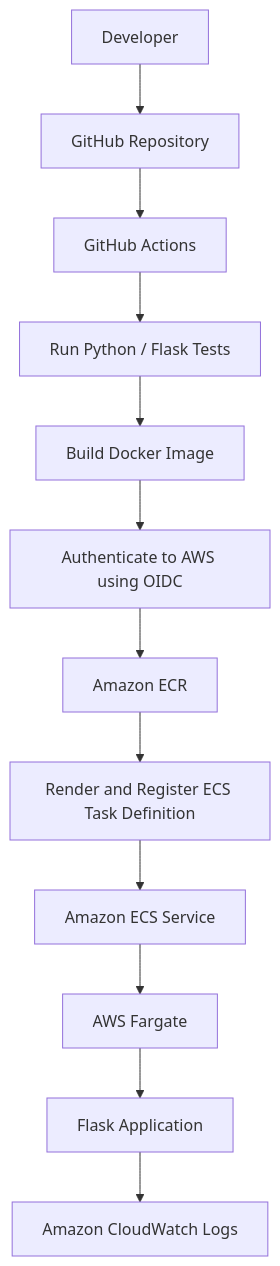
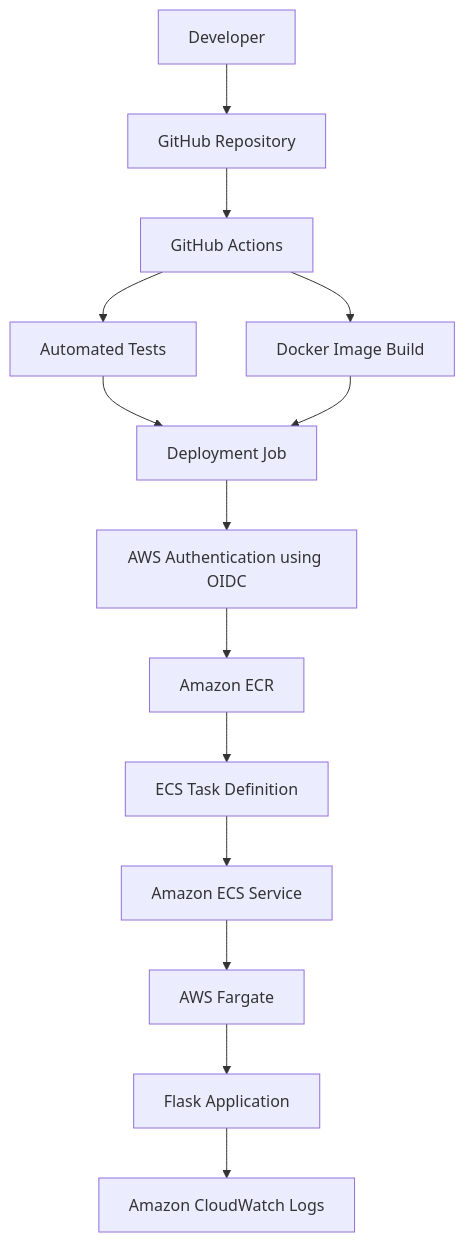
Before and after one commit to suhasini57/production-grade-cloud-native-aws: the first of 2 diagrams in README.md, drawn with Mermaid. The commit also changed other lines of this file, not shown here.

````diff
--- a/README.md
+++ b/README.md
@@ -44,14 +23,16 @@
 ```mermaid
 flowchart TD
     A[Developer] --> B[GitHub Repository]
     B --> C[GitHub Actions]
-    C --> D[Run Python / Flask Tests]
-    D --> E[Build Docker Image]
-    E --> F[Authenticate to AWS using OIDC]
-    F --> G[Amazon ECR]
-    G --> H[Render and Register ECS Task Definition]
-    H --> I[Amazon ECS Service]
-    I --> J[AWS Fargate]
-    J --> K[Flask Application]
-    K --> L[Amazon CloudWatch Logs]
+    C --> D[Automated Tests]
+    C --> E[Docker Image Build]
+    D --> F[Deployment Job]
+    E --> F
+    F --> G[AWS Authentication using OIDC]
+    G --> H[Amazon ECR]
+    H --> I[ECS Task Definition]
+    I --> J[Amazon ECS Service]
+    J --> K[AWS Fargate]
+    K --> L[Flask Application]
+    L --> M[Amazon CloudWatch Logs]
 ```
````
